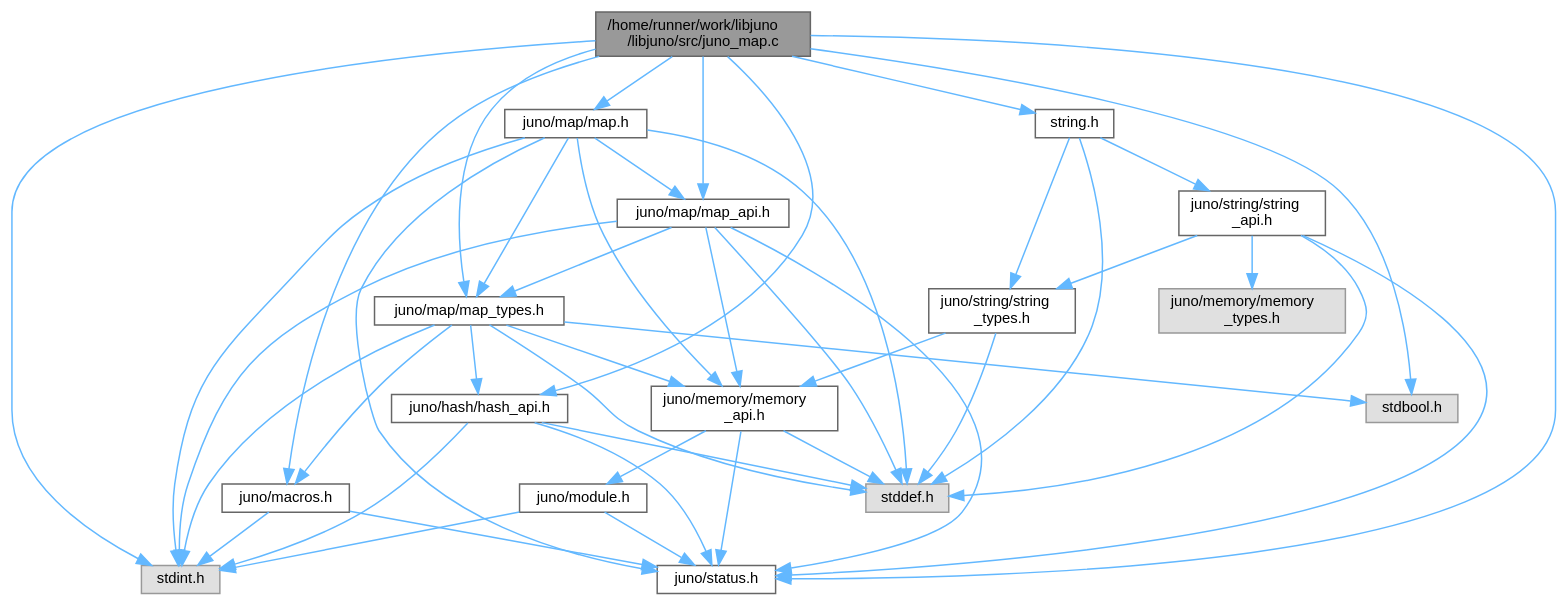
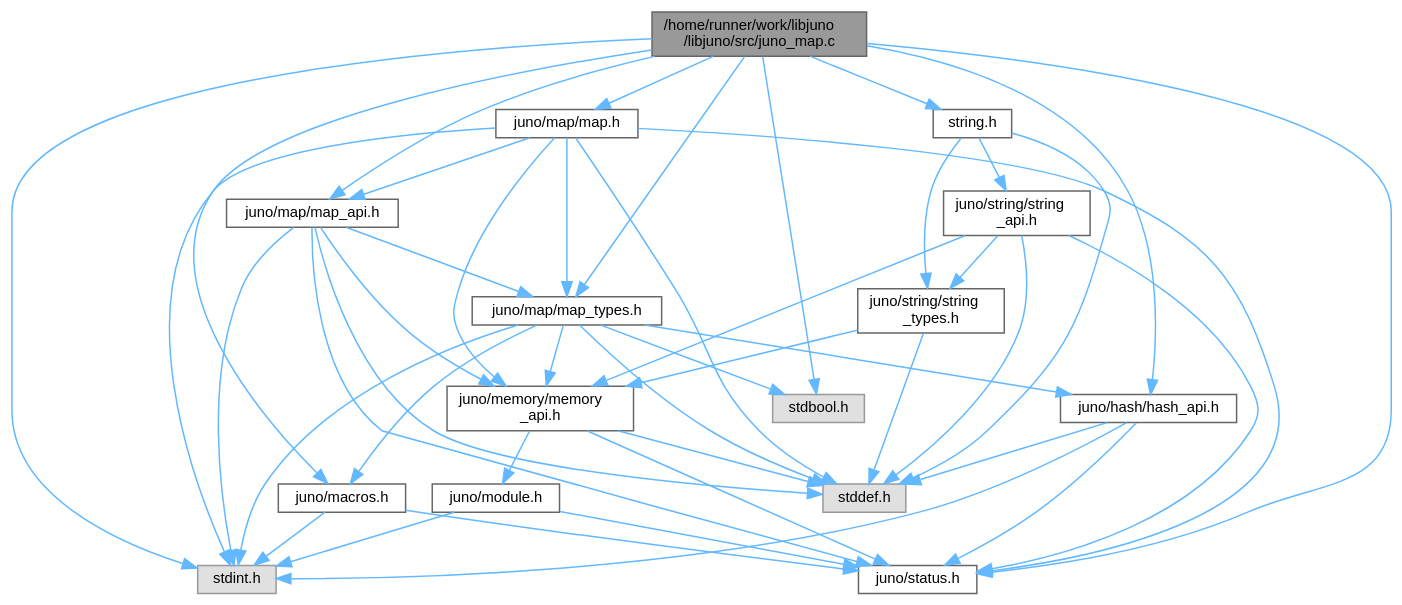
One commit to robinonsay/libjuno changed the diagram in juno__map_8c__incl.dot. Above: the diagram before and after it, drawn with Graphviz. The commit also changed 192 other files, not shown here.

```diff
--- a/juno__map_8c__incl.dot
+++ b/juno__map_8c__incl.dot
@@ -1,68 +1,67 @@
 digraph "/home/runner/work/libjuno/libjuno/src/juno_map.c"
 {
  // LATEX_PDF_SIZE
   bgcolor="transparent";
   edge [fontname=Helvetica,fontsize=10,labelfontname=Helvetica,labelfontsize=10];
   node [fontname=Helvetica,fontsize=10,shape=box,height=0.2,width=0.4];
   Node1 [id="Node000001",label="/home/runner/work/libjuno\l/libjuno/src/juno_map.c",height=0.2,width=0.4,color="gray40", fillcolor="grey60", style="filled", fontcolor="black",tooltip=" "];
   Node1 -> Node2 [id="edge1_Node000001_Node000002",color="steelblue1",style="solid",tooltip=" "];
   Node2 [id="Node000002",label="juno/hash/hash_api.h",height=0.2,width=0.4,color="grey40", fillcolor="white", style="filled",URL="$hash__api_8h.html",tooltip=" "];
   Node2 -> Node3 [id="edge2_Node000002_Node000003",color="steelblue1",style="solid",tooltip=" "];
   Node3 [id="Node000003",label="stddef.h",height=0.2,width=0.4,color="grey60", fillcolor="#E0E0E0", style="filled",tooltip=" "];
   Node2 -> Node4 [id="edge3_Node000002_Node000004",color="steelblue1",style="solid",tooltip=" "];
   Node4 [id="Node000004",label="stdint.h",height=0.2,width=0.4,color="grey60", fillcolor="#E0E0E0", style="filled",tooltip=" "];
   Node2 -> Node5 [id="edge4_Node000002_Node000005",color="steelblue1",style="solid",tooltip=" "];
   Node5 [id="Node000005",label="juno/status.h",height=0.2,width=0.4,color="grey40", fillcolor="white", style="filled",URL="$status_8h.html",tooltip=" "];
   Node1 -> Node6 [id="edge5_Node000001_Node000006",color="steelblue1",style="solid",tooltip=" "];
   Node6 [id="Node000006",label="juno/macros.h",height=0.2,width=0.4,color="grey40", fillcolor="white", style="filled",URL="$macros_8h.html",tooltip=" "];
   Node6 -> Node5 [id="edge6_Node000006_Node000005",color="steelblue1",style="solid",tooltip=" "];
   Node6 -> Node4 [id="edge7_Node000006_Node000004",color="steelblue1",style="solid",tooltip=" "];
   Node1 -> Node7 [id="edge8_Node000001_Node000007",color="steelblue1",style="solid",tooltip=" "];
   Node7 [id="Node000007",label="juno/map/map.h",height=0.2,width=0.4,color="grey40", fillcolor="white", style="filled",URL="$map_8h.html",tooltip=" "];
   Node7 -> Node8 [id="edge9_Node000007_Node000008",color="steelblue1",style="solid",tooltip=" "];
   Node8 [id="Node000008",label="juno/map/map_api.h",height=0.2,width=0.4,color="grey40", fillcolor="white", style="filled",URL="$map__api_8h.html",tooltip=" "];
   Node8 -> Node9 [id="edge10_Node000008_Node000009",color="steelblue1",style="solid",tooltip=" "];
   Node9 [id="Node000009",label="juno/memory/memory\l_api.h",height=0.2,width=0.4,color="grey40", fillcolor="white", style="filled",URL="$memory__api_8h.html",tooltip=" "];
   Node9 -> Node5 [id="edge11_Node000009_Node000005",color="steelblue1",style="solid",tooltip=" "];
   Node9 -> Node10 [id="edge12_Node000009_Node000010",color="steelblue1",style="solid",tooltip=" "];
   Node10 [id="Node000010",label="juno/module.h",height=0.2,width=0.4,color="grey40", fillcolor="white", style="filled",URL="$module_8h.html",tooltip=" "];
   Node10 -> Node5 [id="edge13_Node000010_Node000005",color="steelblue1",style="solid",tooltip=" "];
   Node10 -> Node4 [id="edge14_Node000010_Node000004",color="steelblue1",style="solid",tooltip=" "];
   Node9 -> Node3 [id="edge15_Node000009_Node000003",color="steelblue1",style="solid",tooltip=" "];
   Node8 -> Node5 [id="edge16_Node000008_Node000005",color="steelblue1",style="solid",tooltip=" "];
   Node8 -> Node3 [id="edge17_Node000008_Node000003",color="steelblue1",style="solid",tooltip=" "];
   Node8 -> Node4 [id="edge18_Node000008_Node000004",color="steelblue1",style="solid",tooltip=" "];
   Node8 -> Node11 [id="edge19_Node000008_Node000011",color="steelblue1",style="solid",tooltip=" "];
   Node11 [id="Node000011",label="juno/map/map_types.h",height=0.2,width=0.4,color="grey40", fillcolor="white", style="filled",URL="$map__types_8h.html",tooltip=" "];
   Node11 -> Node2 [id="edge20_Node000011_Node000002",color="steelblue1",style="solid",tooltip=" "];
   Node11 -> Node6 [id="edge21_Node000011_Node000006",color="steelblue1",style="solid",tooltip=" "];
   Node11 -> Node9 [id="edge22_Node000011_Node000009",color="steelblue1",style="solid",tooltip=" "];
   Node11 -> Node3 [id="edge23_Node000011_Node000003",color="steelblue1",style="solid",tooltip=" "];
   Node11 -> Node4 [id="edge24_Node000011_Node000004",color="steelblue1",style="solid",tooltip=" "];
   Node11 -> Node12 [id="edge25_Node000011_Node000012",color="steelblue1",style="solid",tooltip=" "];
   Node12 [id="Node000012",label="stdbool.h",height=0.2,width=0.4,color="grey60", fillcolor="#E0E0E0", style="filled",tooltip=" "];
   Node7 -> Node11 [id="edge26_Node000007_Node000011",color="steelblue1",style="solid",tooltip=" "];
   Node7 -> Node9 [id="edge27_Node000007_Node000009",color="steelblue1",style="solid",tooltip=" "];
   Node7 -> Node5 [id="edge28_Node000007_Node000005",color="steelblue1",style="solid",tooltip=" "];
   Node7 -> Node3 [id="edge29_Node000007_Node000003",color="steelblue1",style="solid",tooltip=" "];
   Node7 -> Node4 [id="edge30_Node000007_Node000004",color="steelblue1",style="solid",tooltip=" "];
   Node1 -> Node8 [id="edge31_Node000001_Node000008",color="steelblue1",style="solid",tooltip=" "];
   Node1 -> Node11 [id="edge32_Node000001_Node000011",color="steelblue1",style="solid",tooltip=" "];
   Node1 -> Node5 [id="edge33_Node000001_Node000005",color="steelblue1",style="solid",tooltip=" "];
   Node1 -> Node12 [id="edge34_Node000001_Node000012",color="steelblue1",style="solid",tooltip=" "];
   Node1 -> Node4 [id="edge35_Node000001_Node000004",color="steelblue1",style="solid",tooltip=" "];
   Node1 -> Node13 [id="edge36_Node000001_Node000013",color="steelblue1",style="solid",tooltip=" "];
   Node13 [id="Node000013",label="string.h",height=0.2,width=0.4,color="grey40", fillcolor="white", style="filled",URL="$string_8h.html",tooltip=" "];
   Node13 -> Node14 [id="edge37_Node000013_Node000014",color="steelblue1",style="solid",tooltip=" "];
   Node14 [id="Node000014",label="juno/string/string\l_api.h",height=0.2,width=0.4,color="grey40", fillcolor="white", style="filled",URL="$string__api_8h.html",tooltip=" "];
-  Node14 -> Node15 [id="edge38_Node000014_Node000015",color="steelblue1",style="solid",tooltip=" "];
-  Node15 [id="Node000015",label="juno/memory/memory\l_types.h",height=0.2,width=0.4,color="grey60", fillcolor="#E0E0E0", style="filled",tooltip=" "];
+  Node14 -> Node9 [id="edge38_Node000014_Node000009",color="steelblue1",style="solid",tooltip=" "];
   Node14 -> Node5 [id="edge39_Node000014_Node000005",color="steelblue1",style="solid",tooltip=" "];
-  Node14 -> Node16 [id="edge40_Node000014_Node000016",color="steelblue1",style="solid",tooltip=" "];
-  Node16 [id="Node000016",label="juno/string/string\l_types.h",height=0.2,width=0.4,color="grey40", fillcolor="white", style="filled",URL="$string__types_8h.html",tooltip=" "];
-  Node16 -> Node9 [id="edge41_Node000016_Node000009",color="steelblue1",style="solid",tooltip=" "];
-  Node16 -> Node3 [id="edge42_Node000016_Node000003",color="steelblue1",style="solid",tooltip=" "];
+  Node14 -> Node15 [id="edge40_Node000014_Node000015",color="steelblue1",style="solid",tooltip=" "];
+  Node15 [id="Node000015",label="juno/string/string\l_types.h",height=0.2,width=0.4,color="grey40", fillcolor="white", style="filled",URL="$string__types_8h.html",tooltip=" "];
+  Node15 -> Node9 [id="edge41_Node000015_Node000009",color="steelblue1",style="solid",tooltip=" "];
+  Node15 -> Node3 [id="edge42_Node000015_Node000003",color="steelblue1",style="solid",tooltip=" "];
   Node14 -> Node3 [id="edge43_Node000014_Node000003",color="steelblue1",style="solid",tooltip=" "];
-  Node13 -> Node16 [id="edge44_Node000013_Node000016",color="steelblue1",style="solid",tooltip=" "];
+  Node13 -> Node15 [id="edge44_Node000013_Node000015",color="steelblue1",style="solid",tooltip=" "];
   Node13 -> Node3 [id="edge45_Node000013_Node000003",color="steelblue1",style="solid",tooltip=" "];
 }
```
